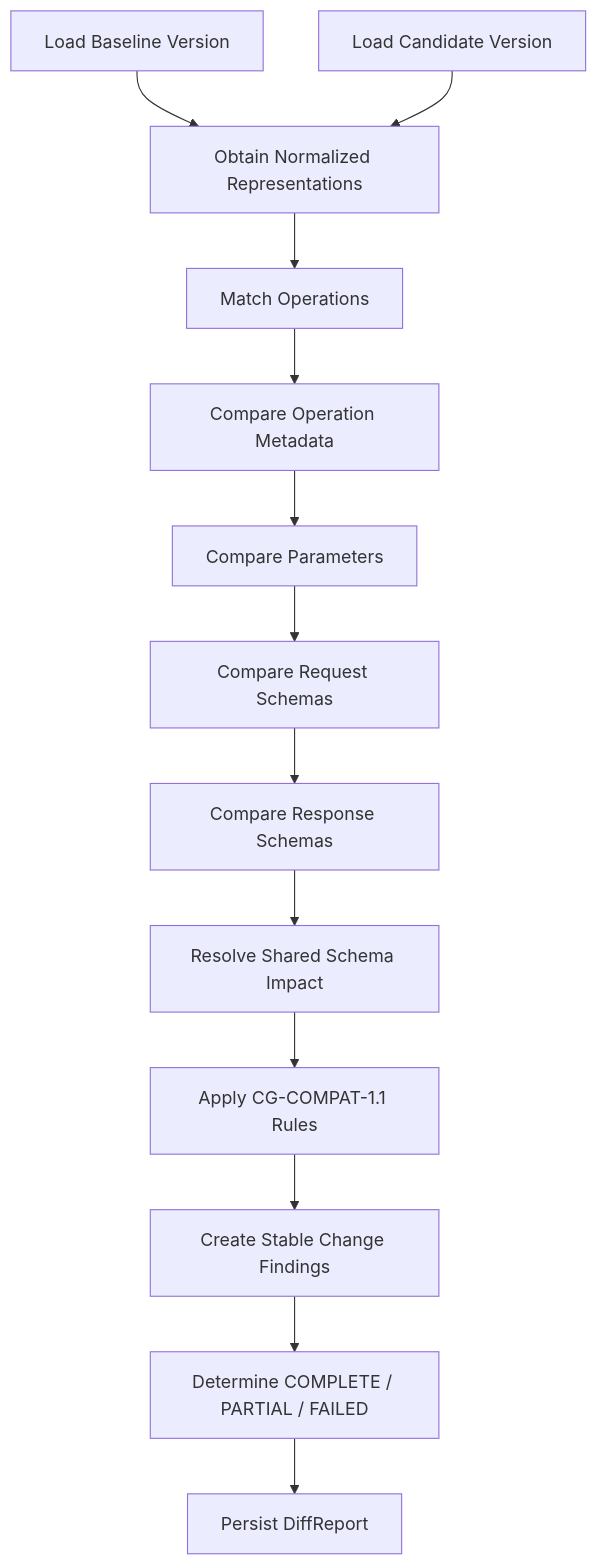
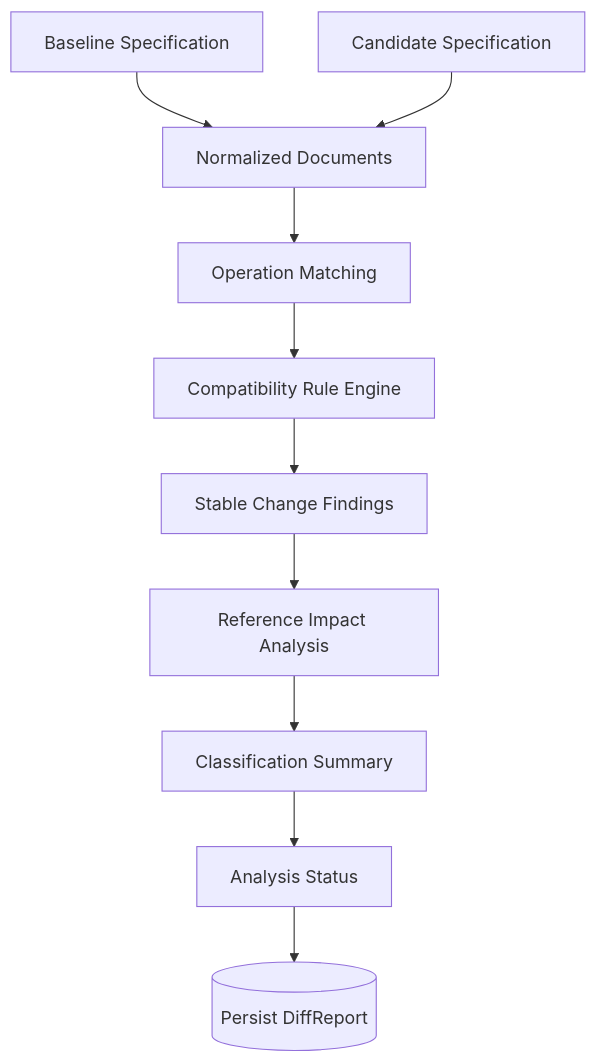
The sixth of 8 diagrams in docs/Architecture.md (Swayam-Aggarwal/ContractGuard), drawn with Mermaid before and after one commit. The commit also changed other lines of this file and 32 other files, not shown here.

````diff
--- a/docs/Architecture.md
+++ b/docs/Architecture.md
@@ -569,29 +558,23 @@
 ```mermaid
 flowchart TD
-    Baseline["Load Baseline Version"]
-    Candidate["Load Candidate Version"]
-    Normalize["Obtain Normalized Representations"]
-    Match["Match Operations"]
-    CompareOps["Compare Operation Metadata"]
-    CompareParams["Compare Parameters"]
-    CompareRequest["Compare Request Schemas"]
-    CompareResponse["Compare Response Schemas"]
-    Refs["Resolve Shared Schema Impact"]
-    Rules["Apply CG-COMPAT-1.1 Rules"]
-    Findings["Create Stable Change Findings"]
-    Status["Determine COMPLETE / PARTIAL / FAILED"]
-    Save["Persist DiffReport"]
+    BASELINE["Baseline Specification"]
+    CANDIDATE["Candidate Specification"]
+    NORMALIZE["Normalized Documents"]
+    MATCH["Operation Matching"]
+    COMPARE["Compatibility Rule Engine"]
+    FINDINGS["Stable Change Findings"]
+    IMPACT["Reference Impact Analysis"]
+    SUMMARY["Classification Summary"]
+    STATUS["Analysis Status"]
+    REPORT[("Persist DiffReport")]
 
-    Baseline --> Normalize
-    Candidate --> Normalize
-    Normalize --> Match
-    Match --> CompareOps
-    CompareOps --> CompareParams
-    CompareParams --> CompareRequest
-    CompareRequest --> CompareResponse
-    CompareResponse --> Refs
-    Refs --> Rules
-    Rules --> Findings
-    Findings --> Status
-    Status --> Save
+    BASELINE --> NORMALIZE
+    CANDIDATE --> NORMALIZE
+    NORMALIZE --> MATCH
+    MATCH --> COMPARE
+    COMPARE --> FINDINGS
+    FINDINGS --> IMPACT
+    IMPACT --> SUMMARY
+    SUMMARY --> STATUS
+    STATUS --> REPORT
 ```
````
